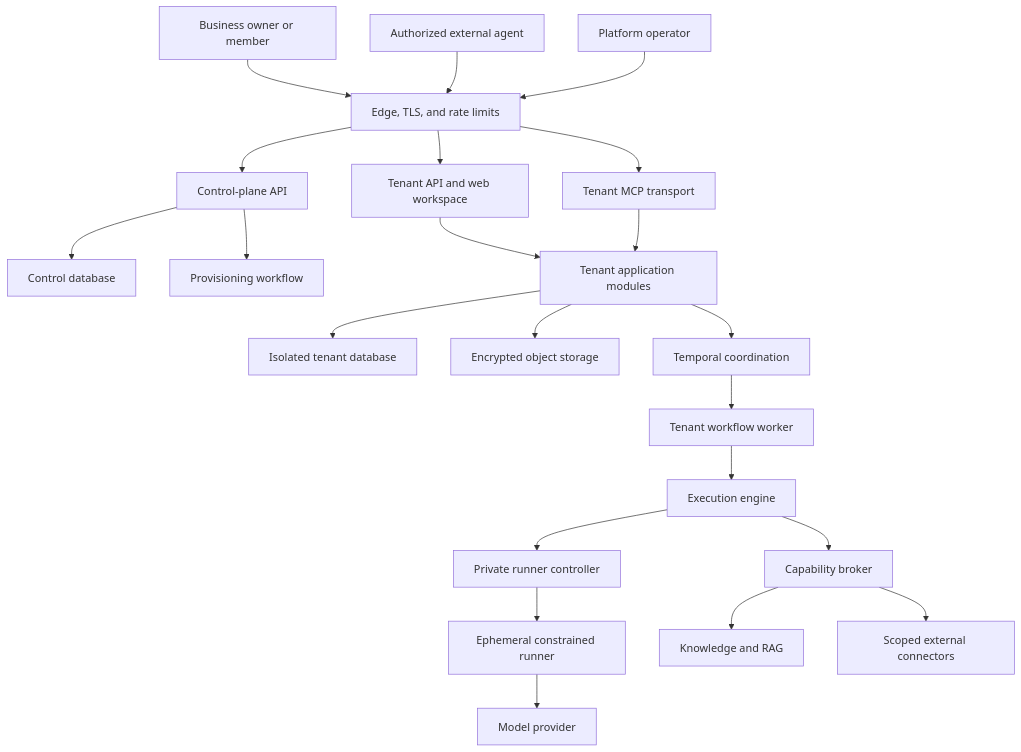
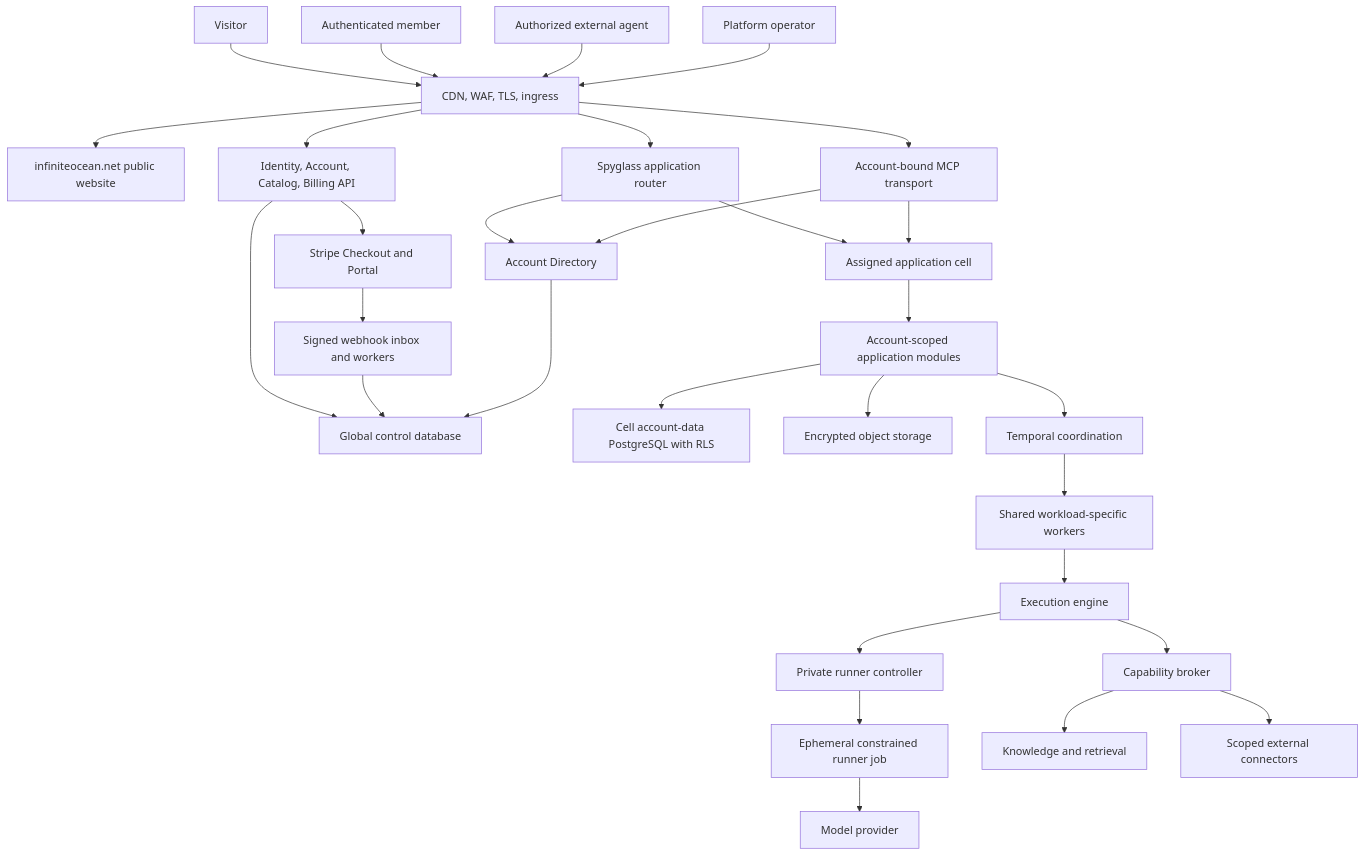
One commit to tinfoyle/mainspring-engine changed the first of 2 diagrams in docs/production/architecture.md. Above: the diagram before and after it, drawn with Mermaid. The commit also changed other lines of this file and 56 other files, not shown here.

````diff
--- a/docs/production/architecture.md
+++ b/docs/production/architecture.md
@@ -10,28 +10,36 @@
 ```mermaid
 flowchart TB
-    Owner["Business owner or member"] --> Edge["Edge, TLS, and rate limits"]
+    Visitor["Visitor"] --> Edge["CDN, WAF, TLS, ingress"]
+    Member["Authenticated member"] --> Edge
     ExternalAgent["Authorized external agent"] --> Edge
-    PlatformAdmin["Platform operator"] --> Edge
+    Operator["Platform operator"] --> Edge
 
-    Edge --> Control["Control-plane API"]
-    Edge --> TenantAPI["Tenant API and web workspace"]
-    Edge --> MCP["Tenant MCP transport"]
+    Edge --> Website["infiniteocean.net public website"]
+    Edge --> AccountAPI["Identity, Account, Catalog, Billing API"]
+    Edge --> Router["Spyglass application router"]
+    Edge --> MCP["Account-bound MCP transport"]
 
-    Control --> ControlDB["Control database"]
-    Control --> Provisioning["Provisioning workflow"]
+    AccountAPI --> GlobalDB["Global control database"]
+    AccountAPI --> Stripe["Stripe Checkout and Portal"]
+    Stripe --> BillingInbox["Signed webhook inbox and workers"]
+    BillingInbox --> GlobalDB
 
-    TenantAPI --> Modules["Tenant application modules"]
-    MCP --> Modules
-    Modules --> TenantDB["Isolated tenant database"]
+    Router --> Directory["Account Directory"]
+    MCP --> Directory
+    Directory --> GlobalDB
+    Router --> Cell["Assigned application cell"]
+    MCP --> Cell
+
+    Cell --> Modules["Account-scoped application modules"]
+    Modules --> CellDB["Cell account-data PostgreSQL with RLS"]
     Modules --> Objects["Encrypted object storage"]
     Modules --> Temporal["Temporal coordination"]
-
-    Temporal --> Worker["Tenant workflow worker"]
-    Worker --> Execution["Execution engine"]
+    Temporal --> Workers["Shared workload-specific workers"]
+    Workers --> Execution["Execution engine"]
     Execution --> RunnerController["Private runner controller"]
-    RunnerController --> Runner["Ephemeral constrained runner"]
+    RunnerController --> Runner["Ephemeral constrained runner job"]
     Runner --> Provider["Model provider"]
     Execution --> Broker["Capability broker"]
-    Broker --> Knowledge["Knowledge and RAG"]
+    Broker --> Knowledge["Knowledge and retrieval"]
     Broker --> Connectors["Scoped external connectors"]
 ```
````
